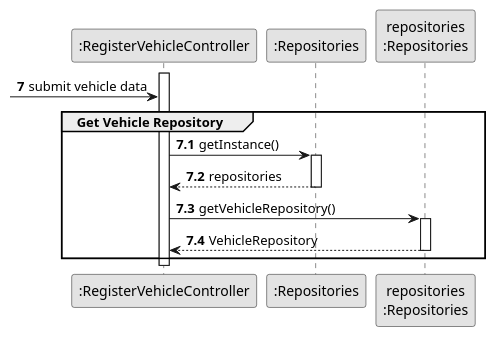
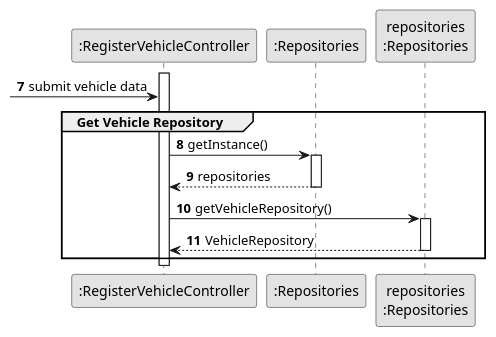
The diagram in docs/sprintC/us006/03.design/puml/us006-sequence-diagram-partial-get-vehicle-repository.puml (ricardomm7/leaflink), drawn with PlantUML before and after one commit. The commit also changed 12 other files, not shown here.

```diff
--- a/docs/sprintC/us006/03.design/puml/us006-sequence-diagram-partial-get-vehicle-repository.puml
+++ b/docs/sprintC/us006/03.design/puml/us006-sequence-diagram-partial-get-vehicle-repository.puml
@@ -1,39 +1,38 @@
 @startuml
 skinparam monochrome true
 skinparam packageStyle rectangle
 skinparam shadowing false
 
 autonumber
 
 'hide footbox
 
 participant ":RegisterVehicleController" as CTRL
 participant ":Repositories" as RepositorySingleton
 participant "repositories\n:Repositories" as PLAT
 autonumber 7
 
 
 activate CTRL
 
  -> CTRL: submit vehicle data
 
     group Get Vehicle Repository
-    autonumber 7.1
 
          CTRL -> RepositorySingleton: getInstance()
                     activate RepositorySingleton
 
                     RepositorySingleton --> CTRL: repositories
                     deactivate RepositorySingleton
 
                     CTRL -> PLAT: getVehicleRepository()
                     activate PLAT
 
                     PLAT --> CTRL: VehicleRepository
                     deactivate PLAT
 
     end
 deactivate CTRL
 
 
 @enduml
```
